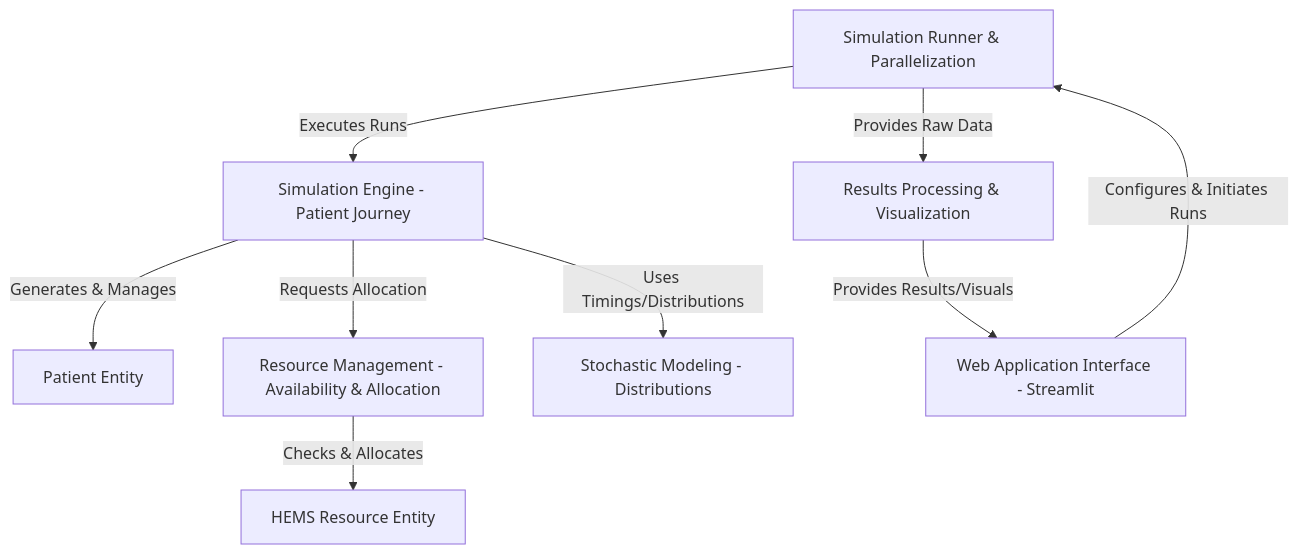
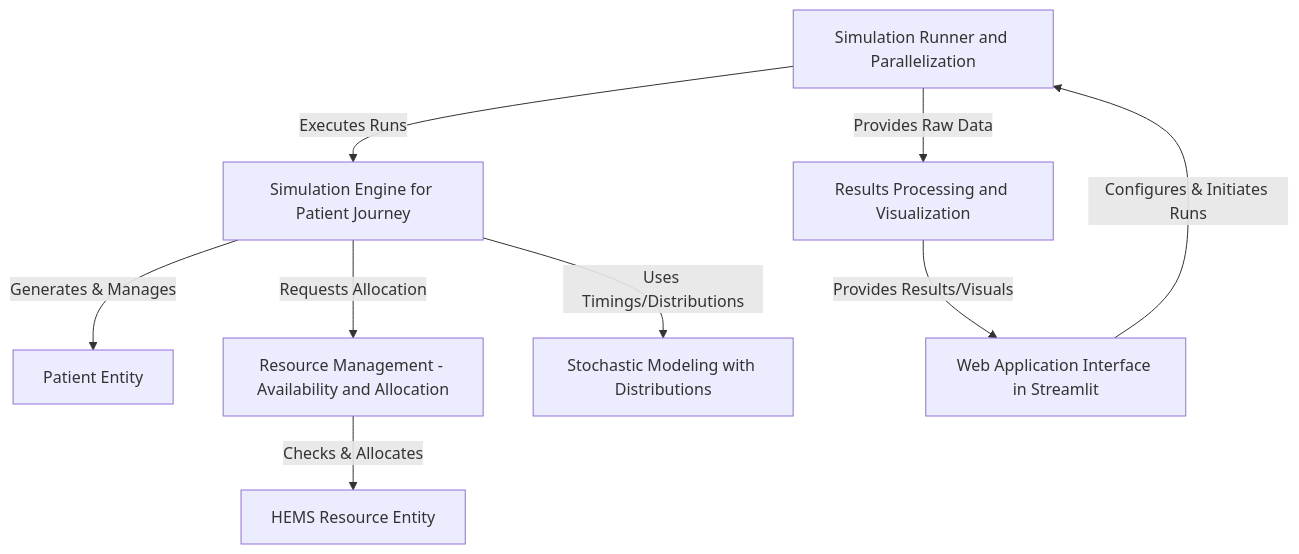
One commit to Bergam0t/DAA_DES_repo_docs_TEST changed the diagram in index.qmd. Above: the diagram before and after it, drawn with Mermaid. The commit also changed 4 other files, not shown here.

Commit message:
Mermaid syntax fixes

````diff
--- a/index.qmd
+++ b/index.qmd
@@ -10,19 +10,19 @@
 ```{mermaid}
 flowchart TD
-    A0["Simulation Engine - Patient Journey"]
+    A0["Simulation Engine for Patient Journey"]
     A1["Patient Entity"]
     A2["HEMS Resource Entity"]
-    A3["Resource Management - Availability & Allocation"]
-    A4["Simulation Runner & Parallelization"]
-    A5["Stochastic Modeling - Distributions"]
-    A6["Web Application Interface - Streamlit"]
-    A7["Results Processing & Visualization"]
+    A3["Resource Management - Availability and Allocation"]
+    A4["Simulation Runner and Parallelization"]
+    A5["Stochastic Modeling with Distributions"]
+    A6["Web Application Interface in Streamlit"]
+    A7["Results Processing and Visualization"]
     A0 -- "Generates & Manages" --> A1
     A0 -- "Requests Allocation" --> A3
     A0 -- "Uses Timings/Distributions" --> A5
     A3 -- "Checks & Allocates" --> A2
     A4 -- "Executes Runs" --> A0
     A4 -- "Provides Raw Data" --> A7
     A6 -- "Configures & Initiates Runs" --> A4
     A7 -- "Provides Results/Visuals" --> A6
 ```
````
